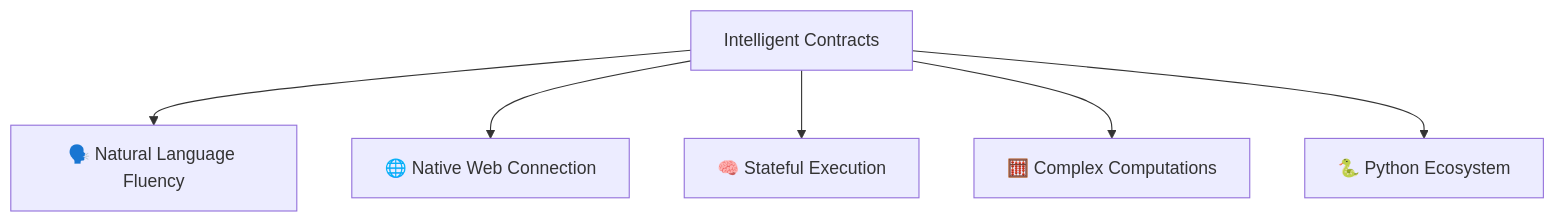
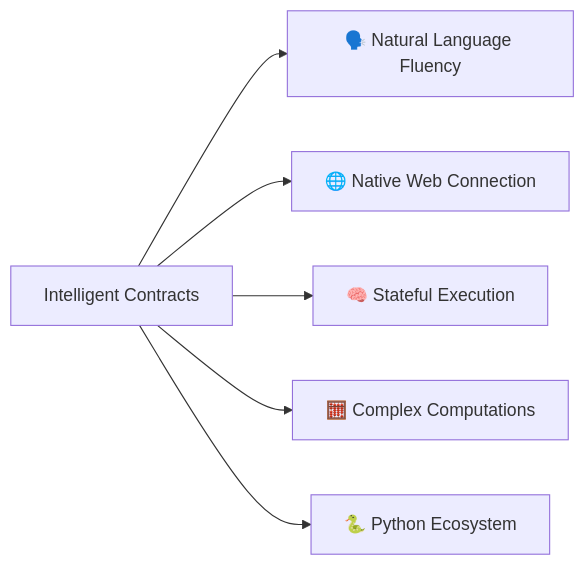
The second of 2 diagrams in content/genlayer-intelligent-contracts.md (mcmoodoo/mcmoodoo-blog), drawn with Mermaid before and after one commit. The commit also changed other lines of this file, not shown here.

````diff
--- a/content/genlayer-intelligent-contracts.md
+++ b/content/genlayer-intelligent-contracts.md
@@ -53,8 +53,8 @@
 ```mermaid
-graph TD
+graph LR 
     A[Intelligent Contracts] --> B[🗣️ Natural Language Fluency]
     A --> C[🌐 Native Web Connection]
     A --> D[🧠 Stateful Execution]
     A --> E[🧮 Complex Computations]
     A --> F[🐍 Python Ecosystem]
 ```
````
